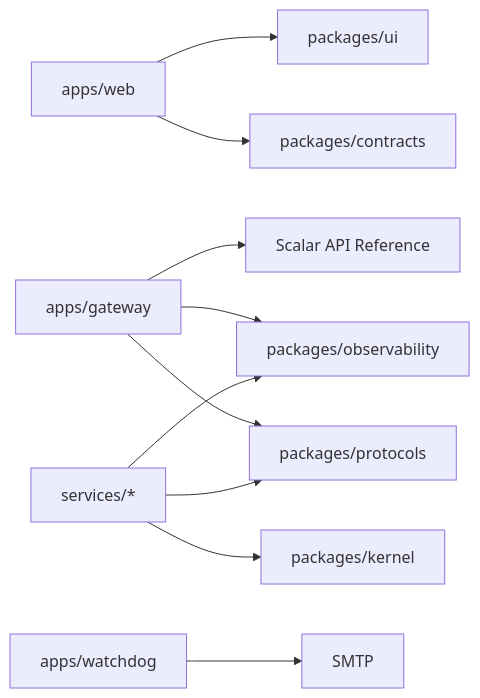
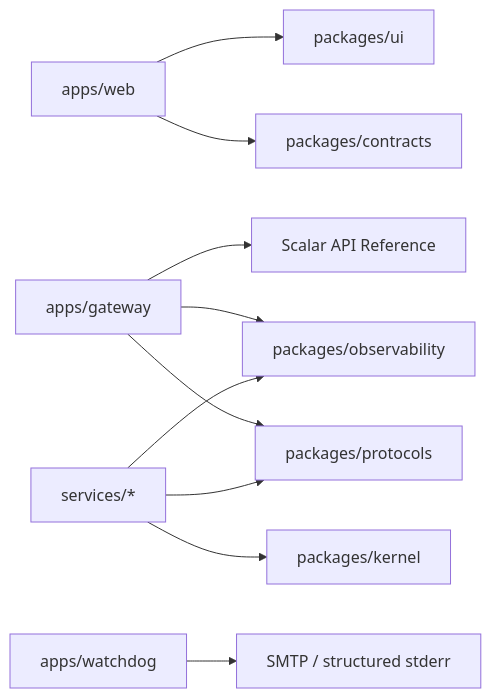
Before and after one commit to r4ai/news-podcast: the second of 8 diagrams in docs/architecture.md, drawn with Mermaid. The commit also changed other lines of this file and 135 other files, not shown here.

````diff
--- a/docs/architecture.md
+++ b/docs/architecture.md
@@ -83,12 +85,12 @@
 ```mermaid
 flowchart LR
   Web["apps/web"] --> Contracts["packages/contracts"]
   Web --> UI["packages/ui"]
   Gateway["apps/gateway"] --> Protocols["packages/protocols"]
   Gateway --> Observability["packages/observability"]
   Gateway --> Scalar["Scalar API Reference"]
   Services["services/*"] --> Protocols
   Services --> Kernel["packages/kernel"]
   Services --> Observability
-  Watchdog["apps/watchdog"] --> SMTP["SMTP"]
+  Watchdog["apps/watchdog"] --> Notify["SMTP / structured stderr"]
 ```
````
